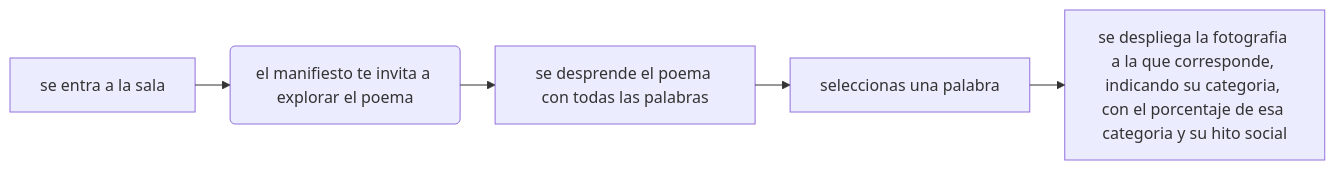
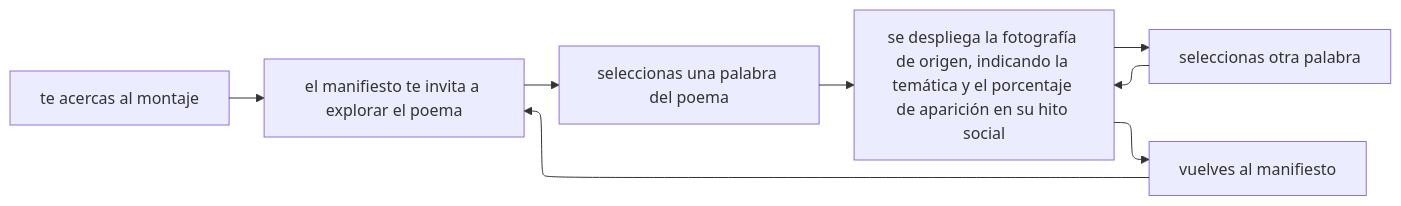
One commit to Bernardita-Jesus/bitacora-diseno-2026 changed the diagram in taller-data/README.md. Above: the diagram before and after it, drawn with Mermaid.

````diff
--- a/taller-data/README.md
+++ b/taller-data/README.md
@@ -109,12 +109,15 @@
 ```mermaid
 ---
 config:
   theme: default
   layout: elk
 ---
 flowchart LR
-    A["se entra a la  sala"] --> B("el manifiesto te invita a explorar el poema")
-    B --> D["se desprende el poema con todas las palabras"]
-    D --> E["seleccionas una palabra"]
-    E --> F["se despliega la fotografia a la que corresponde, indicando su categoria, con el porcentaje de esa categoria y su hito social"]
+    A["te acercas al montaje"] --> B["el manifiesto te invita a explorar el poema"]
+    B --> C["seleccionas una palabra del poema"]
+    C --> D["se despliega la fotografía de origen, indicando la temática y el porcentaje de aparición en su hito social"]
+    D --> E["seleccionas otra palabra"]
+    D --> F["vuelves al manifiesto"]
+    E --> D
+    F --> B
 ```
````
